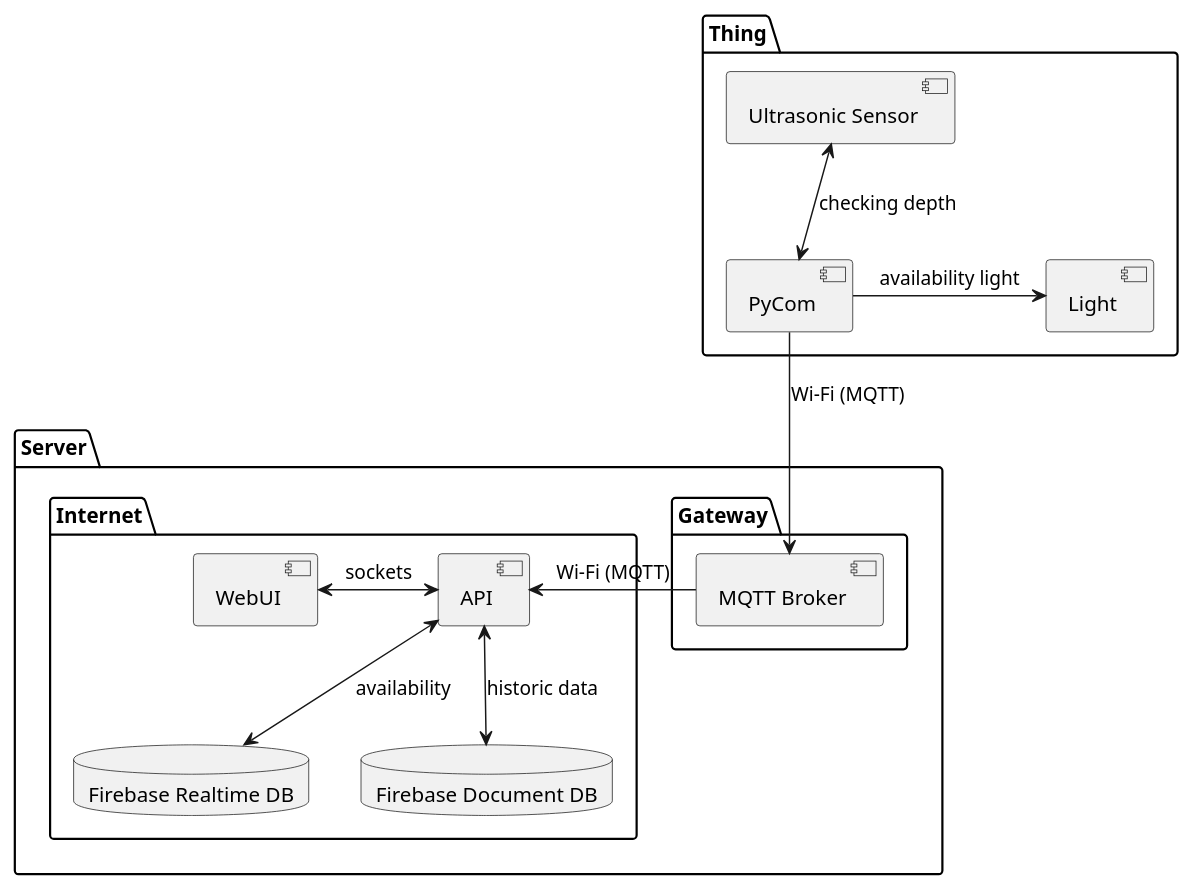
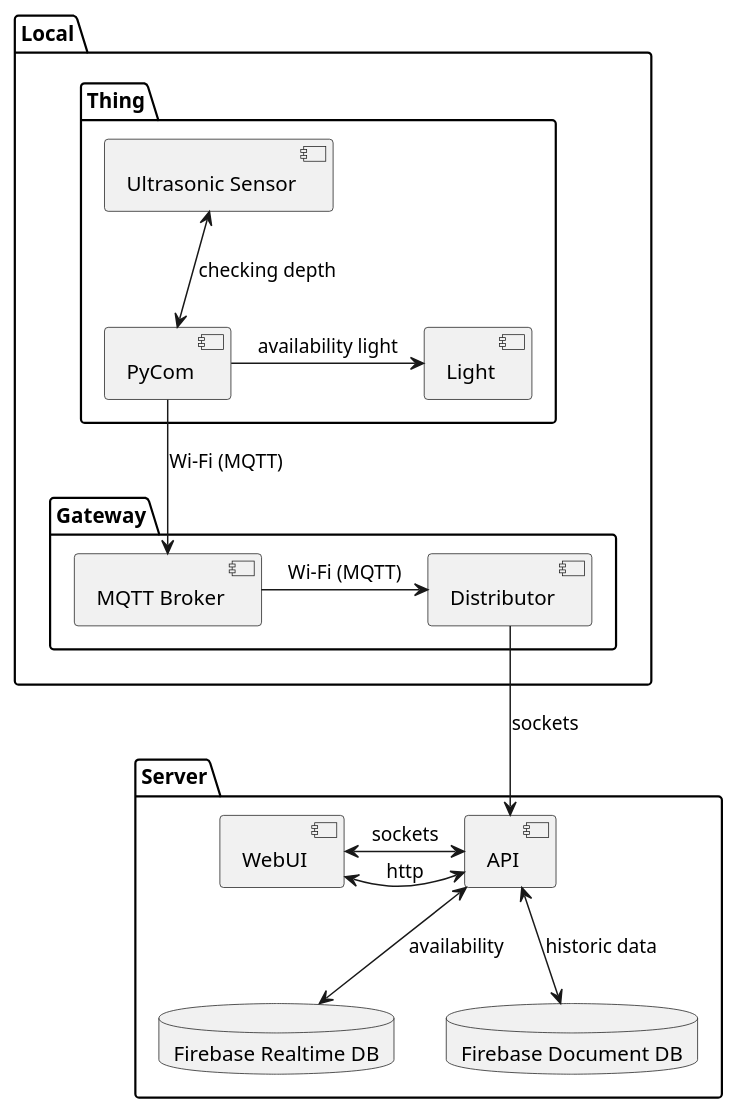
One commit to JBrO910/find-my-spot-piot changed the diagram in docs/architecture.puml. Above: the diagram before and after it, drawn with PlantUML.

Commit message:
Adapt architecture diagram

```diff
--- a/docs/architecture.puml
+++ b/docs/architecture.puml
@@ -1,37 +1,40 @@
-@startuml
+{@startuml
 
-package Thing {
-    component "Ultrasonic Sensor" as sensor
-    component "PyCom" as py
-    component "Light" as actuator
+package Local {
+    package Thing {
+        component "Ultrasonic Sensor" as sensor
+        component "PyCom" as py
+        component "Light" as actuator
 
-    sensor <-d-> py : checking depth
-    actuator <-l- py : availability light
+        sensor <-d-> py : checking depth
+        actuator <-l- py : availability light
+    }
+
+
+    package Gateway {
+        component "MQTT Broker" as broker
+        component Distributor as distributor
+    }
+
+    py -d-> broker : Wi-Fi (MQTT)
+    broker -r-> distributor : Wi-Fi (MQTT)
 }
 
 package Server {
-
-package Gateway {
-    component "MQTT Broker" as broker
-}
-
-py --> broker : Wi-Fi (MQTT)
-
-package Internet {
     database "Firebase Realtime DB" as realtimedb
     database "Firebase Document DB" as documentdb
 
     component API as api
 
     component WebUI as web
 
     api <-l-> web : sockets
+    api <-l-> web : http
     api <-d-> realtimedb : availability
     api <-d-> documentdb : historic data
-}
 
-broker -l-> api : Wi-Fi (MQTT)
-
+    distributor --> api : sockets
 }
 
 @enduml
+}
```
